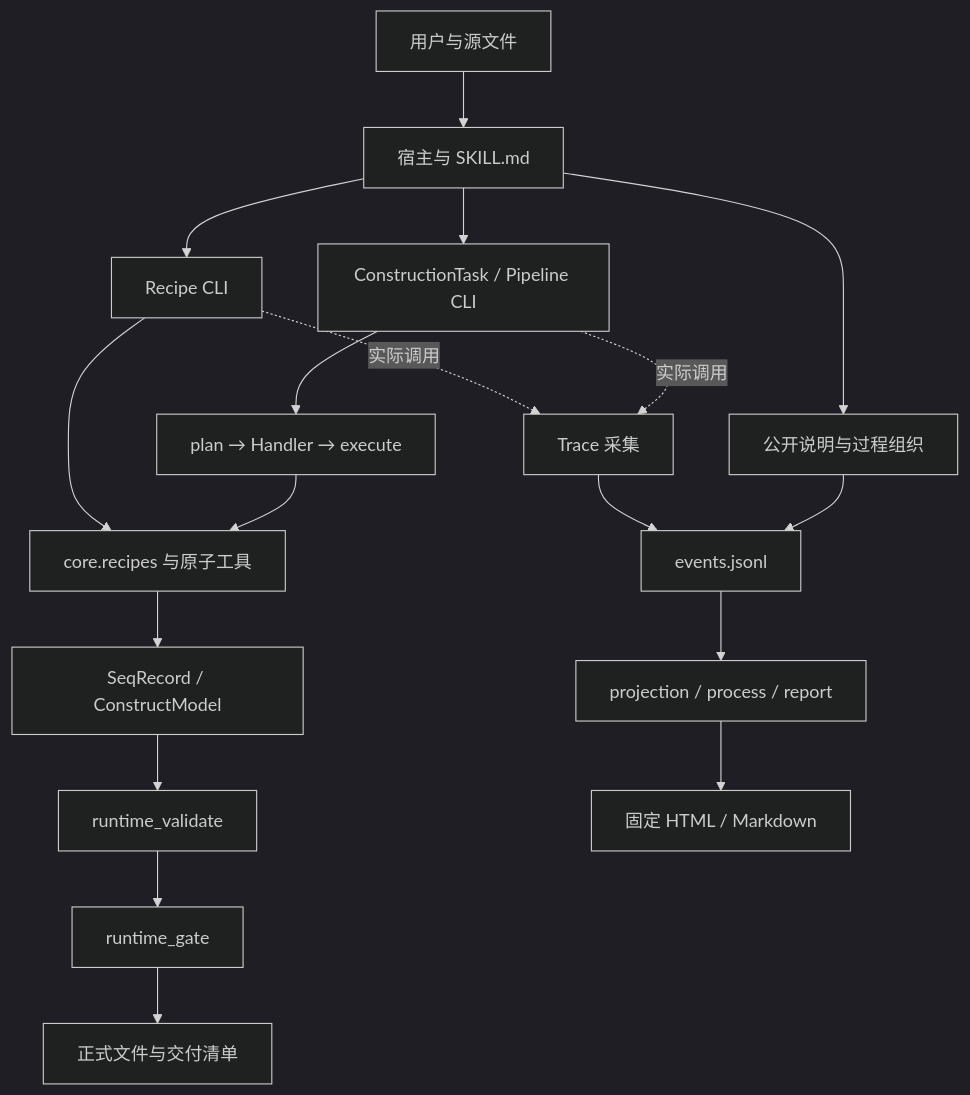
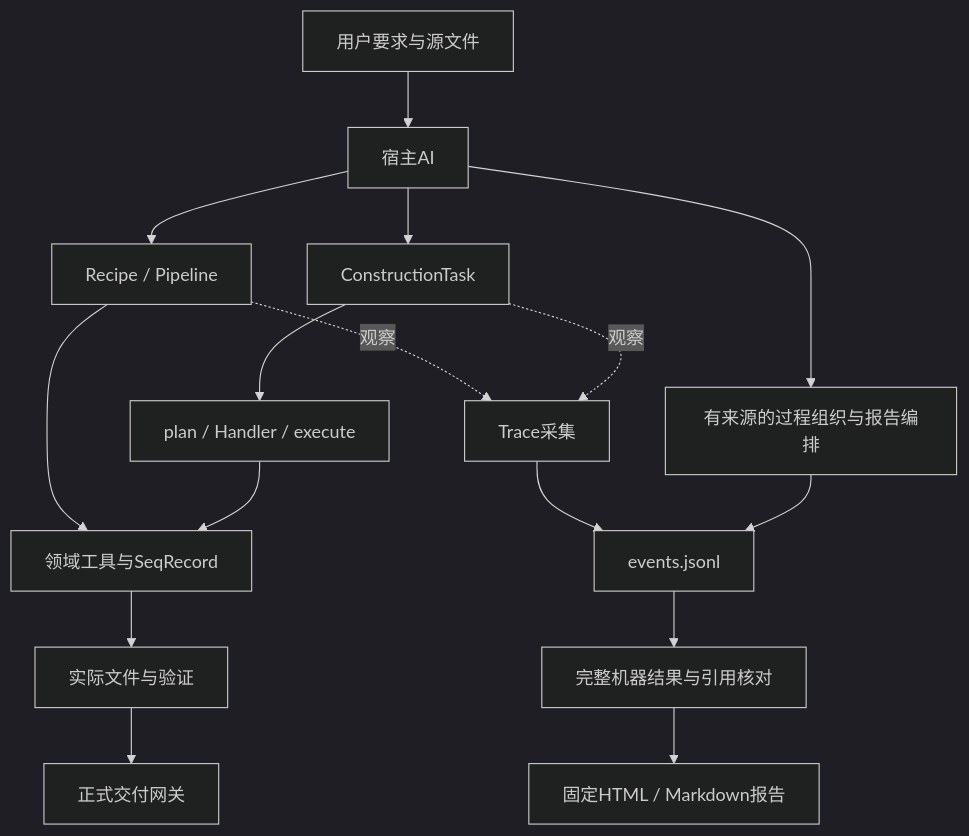
Before and after one commit to zoehanke/snapgene-dna-design: the diagram in docs/architecture.md, drawn with Mermaid (dark theme). The commit also changed other lines of this file and 101 other files, not shown here.

````diff
--- a/docs/architecture.md
+++ b/docs/architecture.md
@@ -5,20 +28,18 @@
 ```mermaid
 flowchart TD
- U[用户与源文件] --> H[宿主与 SKILL.md]
- H --> R[Recipe CLI]
- H --> T[ConstructionTask / Pipeline CLI]
- R --> A[core.recipes 与原子工具]
- T --> P[plan → Handler → execute]
+ U[用户要求与源文件] --> H[宿主AI]
+ H --> R[Recipe / Pipeline]
+ H --> T[ConstructionTask]
+ T --> P[plan / Handler / execute]
+ R --> A[领域工具与SeqRecord]
  P --> A
- A --> S[SeqRecord / ConstructModel]
- S --> V[runtime_validate]
- V --> G[runtime_gate]
- G --> F[正式文件与交付清单]
- R -. 实际调用 .-> C[Trace 采集]
- T -. 实际调用 .-> C
+ A --> V[实际文件与验证]
+ V --> G[正式交付网关]
+ R -.观察.-> C[Trace采集]
+ T -.观察.-> C
  C --> E[events.jsonl]
- H --> O[公开说明与过程组织]
+ H --> O[有来源的过程组织与报告编排]
  O --> E
- E --> D[projection / process / report]
- D --> W[固定 HTML / Markdown]
+ E --> M[完整机器结果与引用核对]
+ M --> W[固定HTML / Markdown报告]
 ```
````
